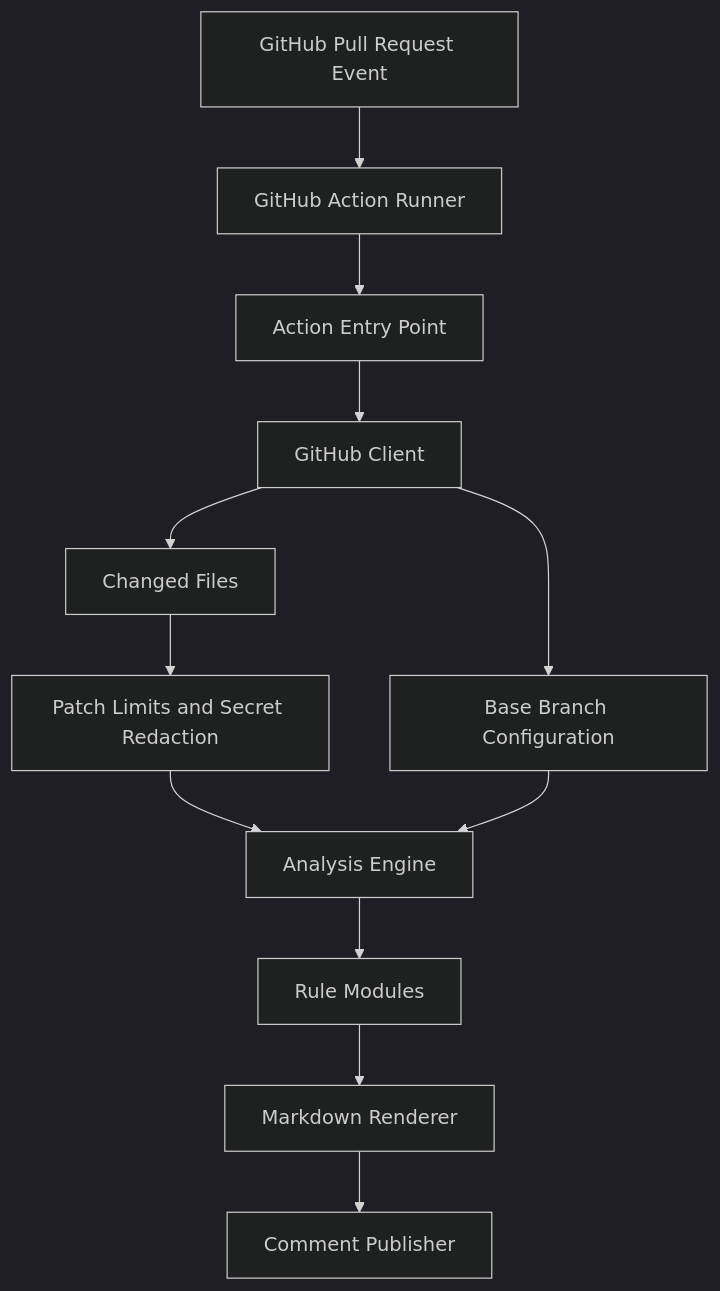
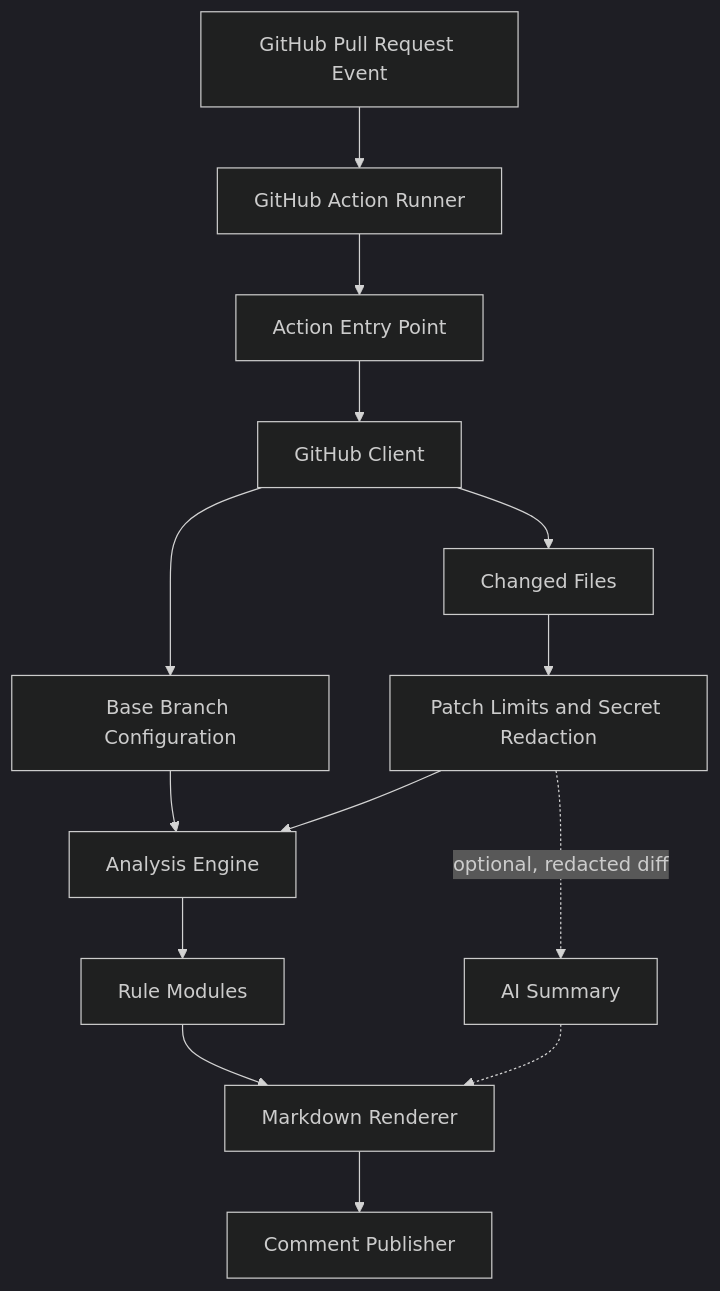
The diagram in README.md (gabrielolvv/prism-review), drawn with Mermaid (dark theme) before and after one commit. The commit also changed other lines of this file and 3 other files, not shown here.

````diff
--- a/README.md
+++ b/README.md
@@ -225,14 +229,16 @@
 ```mermaid
 flowchart TD
     A["GitHub Pull Request Event"] --> B["GitHub Action Runner"]
     B --> C["Action Entry Point"]
     C --> D["GitHub Client"]
     D --> K["Base Branch Configuration"]
     D --> E["Changed Files"]
     E --> P["Patch Limits and Secret Redaction"]
     P --> F["Analysis Engine"]
     K --> F
     F --> G["Rule Modules"]
     G --> H["Markdown Renderer"]
+    P -.->|"optional, redacted diff"| S["AI Summary"]
+    S -.-> H
     H --> I["Comment Publisher"]
 ```
````
